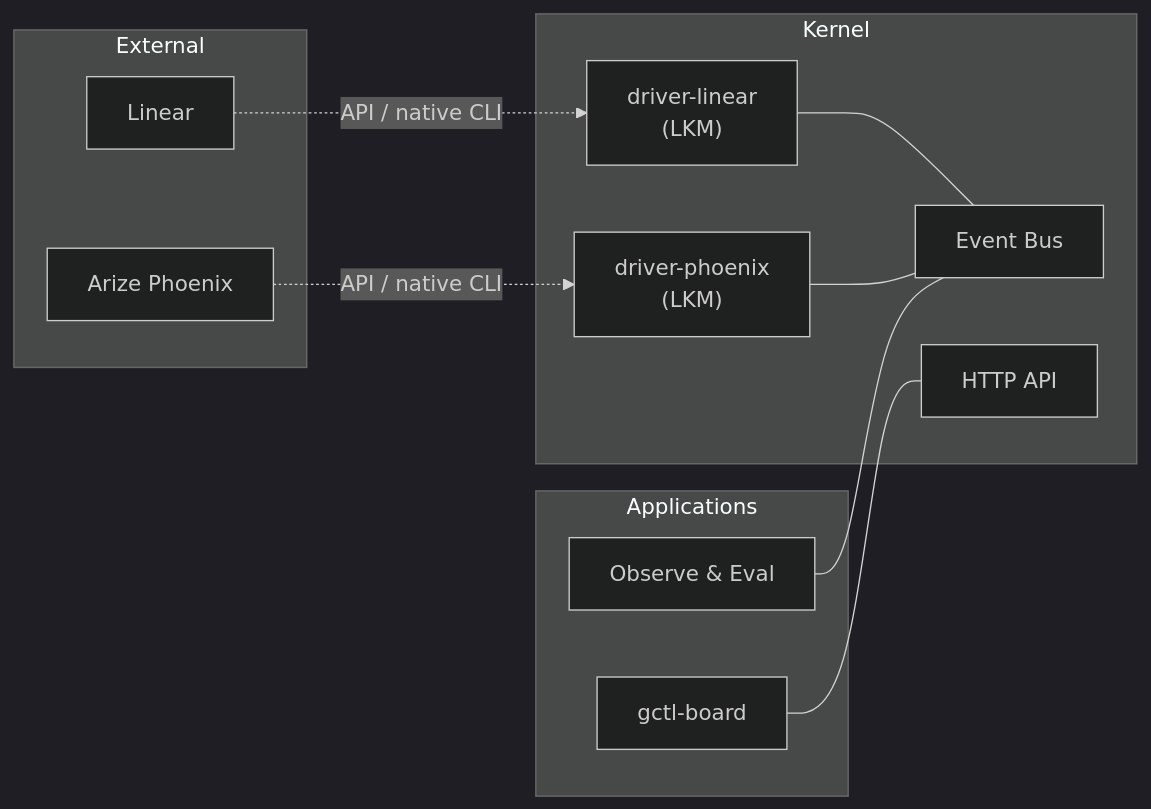
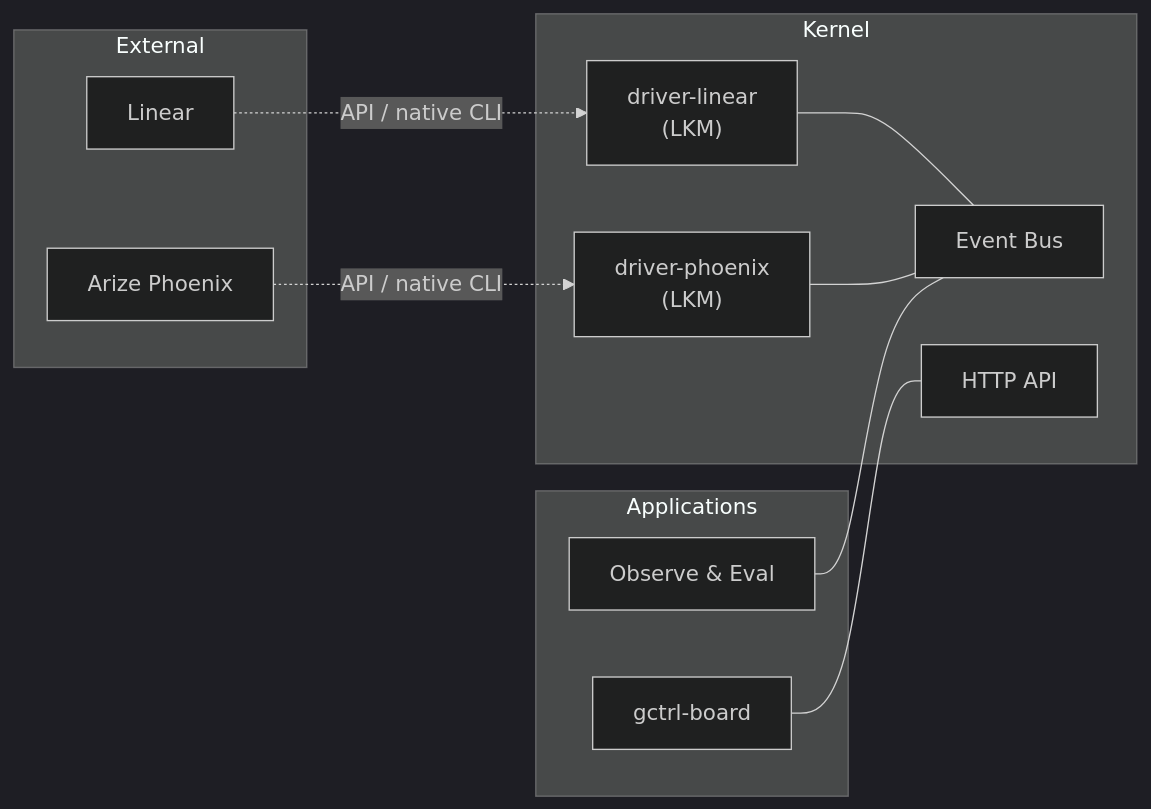
The fifth of 6 diagrams in specs/architecture/os.md (OpenHackersClub/gctrl), drawn with Mermaid (dark theme) before and after one commit. The commit also changed other lines of this file and 360 other files, not shown here.

First line of the commit message:
refactor: rename brand gctl → gctrl across repo

````diff
--- a/specs/architecture/os.md
+++ b/specs/architecture/os.md
@@ -358,26 +358,26 @@
 ```mermaid
 flowchart LR
   subgraph KernelSpace["Kernel"]
     Events["Event Bus"]
     Sockets["HTTP API"]
     DrvLinear["driver-linear<br/>(LKM)"]
     DrvPhoenix["driver-phoenix<br/>(LKM)"]
   end
 
   subgraph UserSpace["Applications"]
-    Board["gctl-board"]
+    Board["gctrl-board"]
     Eval["Observe & Eval"]
   end
 
   subgraph External["External"]
     Linear["Linear"]
     Phoenix["Arize Phoenix"]
   end
 
   Linear -.->|"API / native CLI"| DrvLinear
   Phoenix -.->|"API / native CLI"| DrvPhoenix
   DrvLinear --- Events
   DrvPhoenix --- Events
   Board --- Sockets
   Eval --- Events
 ```
````
